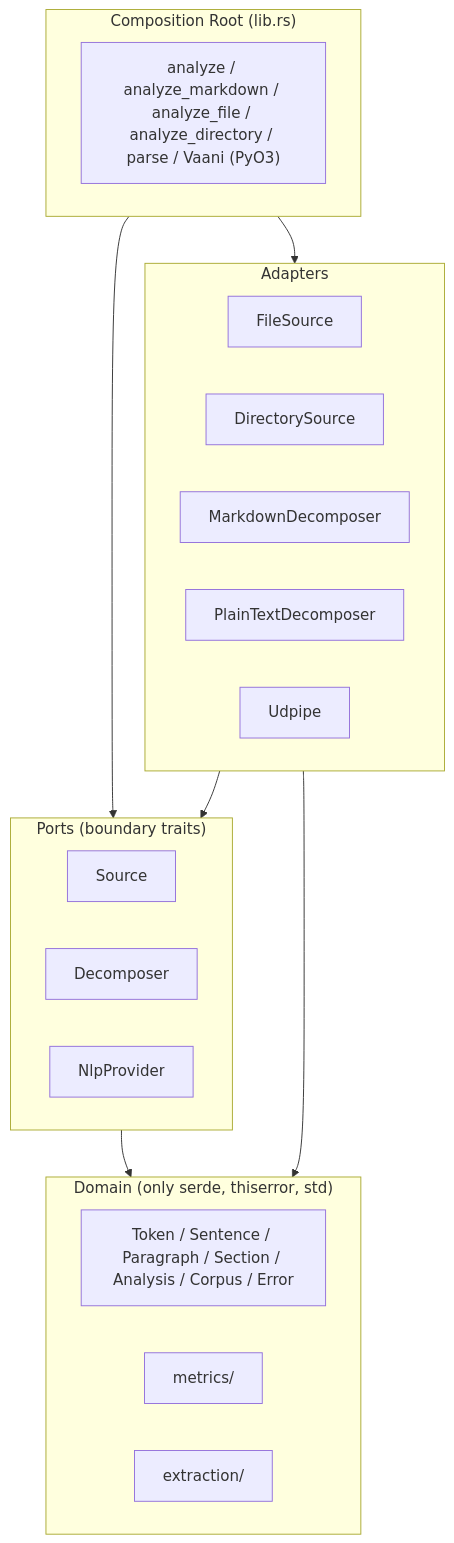
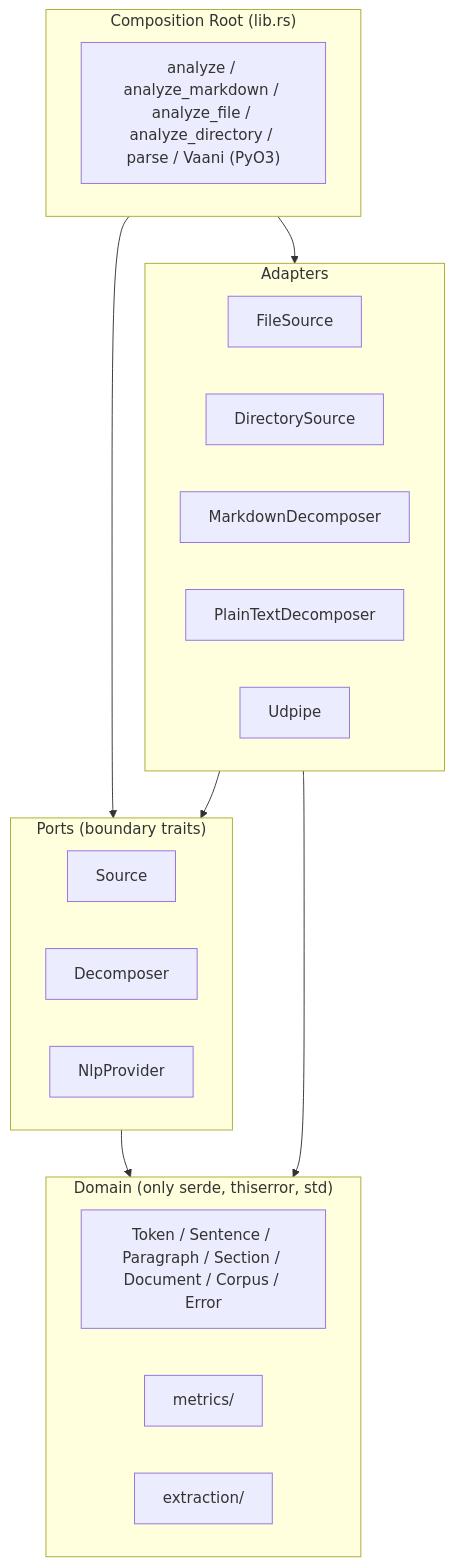
Before and after one commit to mox-labs/matra: the first of 2 diagrams in .claude/arch/architecture.md, drawn with Mermaid. The commit also changed other lines of this file and 27 other files, not shown here.

First line of the commit message:
refactor(domain)!: rename Analysis to Document; lock abstract-tier vocab (ADR-0006)

````diff
--- a/.claude/arch/architecture.md
+++ b/.claude/arch/architecture.md
@@ -7,32 +7,32 @@
 ```mermaid
 flowchart TB
     subgraph composition["Composition Root (lib.rs)"]
         engine["analyze / analyze_markdown / analyze_file / analyze_directory / parse / Vaani (PyO3)"]
     end
 
     subgraph ports["Ports (boundary traits)"]
         src[Source]
         dec[Decomposer]
         nlp[NlpProvider]
     end
 
     subgraph adapters["Adapters"]
         fs[FileSource]
         ds[DirectorySource]
         md[MarkdownDecomposer]
         pt[PlainTextDecomposer]
         ud[Udpipe]
     end
 
     subgraph domain["Domain (only serde, thiserror, std)"]
-        types["Token / Sentence / Paragraph / Section / Analysis / Corpus / Error"]
+        types["Token / Sentence / Paragraph / Section / Document / Corpus / Error"]
         metrics[metrics/]
         extraction[extraction/]
     end
 
     composition --> ports
     ports --> domain
     adapters --> ports
     adapters --> domain
     composition --> adapters
 ```
````
